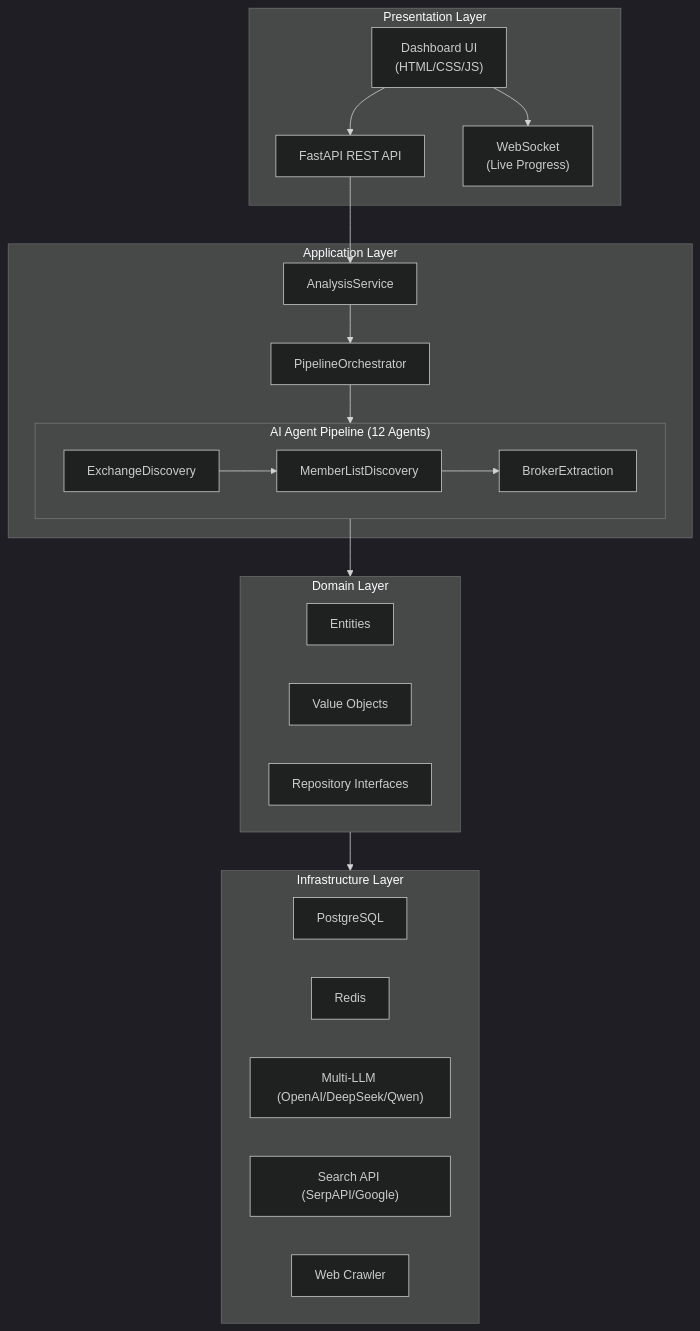
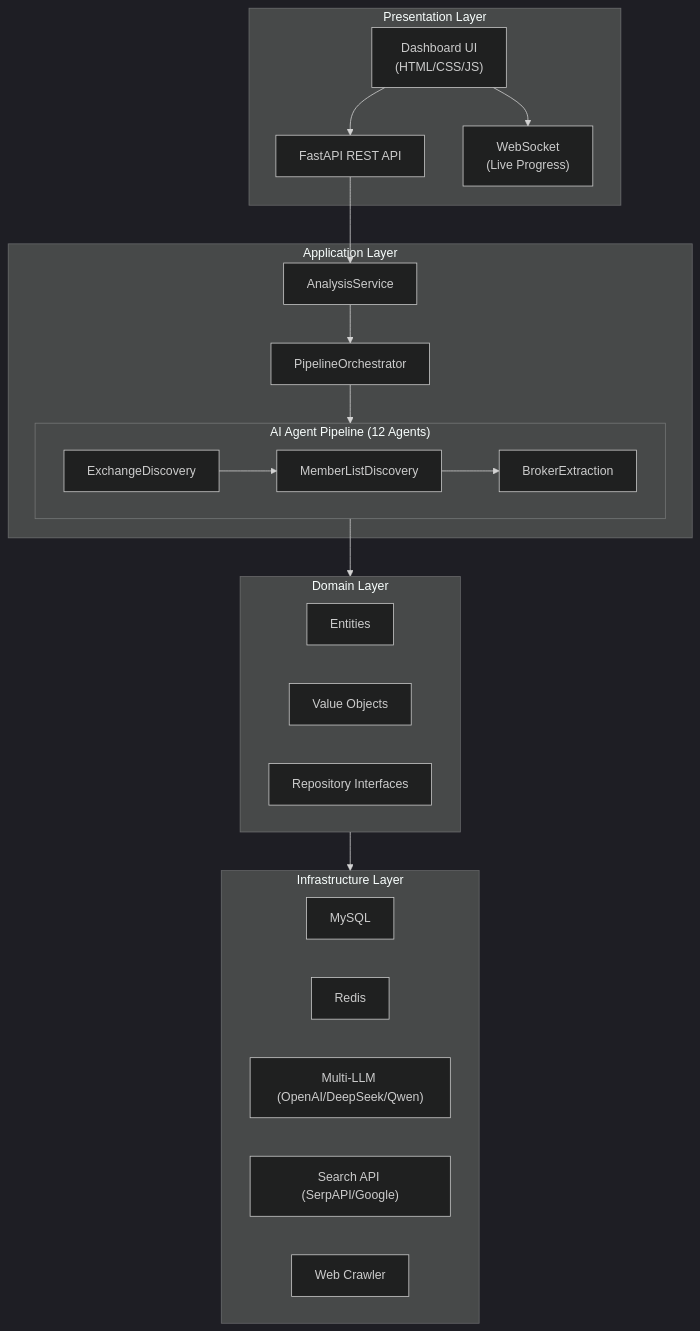
Before and after one commit to bparvej/fintech_sales_agent: the diagram in README.md, drawn with Mermaid (dark theme). The commit also changed other lines of this file and 9 other files, not shown here.

````diff
--- a/README.md
+++ b/README.md
@@ -11,39 +11,39 @@
 ```mermaid
 graph TB
     subgraph Presentation["Presentation Layer"]
         UI["Dashboard UI<br/>(HTML/CSS/JS)"]
         API["FastAPI REST API"]
         WS["WebSocket<br/>(Live Progress)"]
     end
 
     subgraph Application["Application Layer"]
         SVC["AnalysisService"]
         ORCH["PipelineOrchestrator"]
         subgraph Agents["AI Agent Pipeline (12 Agents)"]
             A1["ExchangeDiscovery"] --> A2["MemberListDiscovery"]
             A2 --> A3["BrokerExtraction"]
         end
     end
 
     subgraph Domain["Domain Layer"]
         ENT["Entities"]
         VO["Value Objects"]
         REPO_I["Repository Interfaces"]
     end
 
     subgraph Infrastructure["Infrastructure Layer"]
-        DB["PostgreSQL"]
+        DB["MySQL"]
         CACHE["Redis"]
         LLM["Multi-LLM (OpenAI/DeepSeek/Qwen)"]
         SEARCH["Search API (SerpAPI/Google)"]
         CRAWL["Web Crawler"]
     end
 
     UI --> API
     UI --> WS
     API --> SVC
     SVC --> ORCH
     ORCH --> Agents
     Agents --> Domain
     Domain --> Infrastructure
 ```
````
